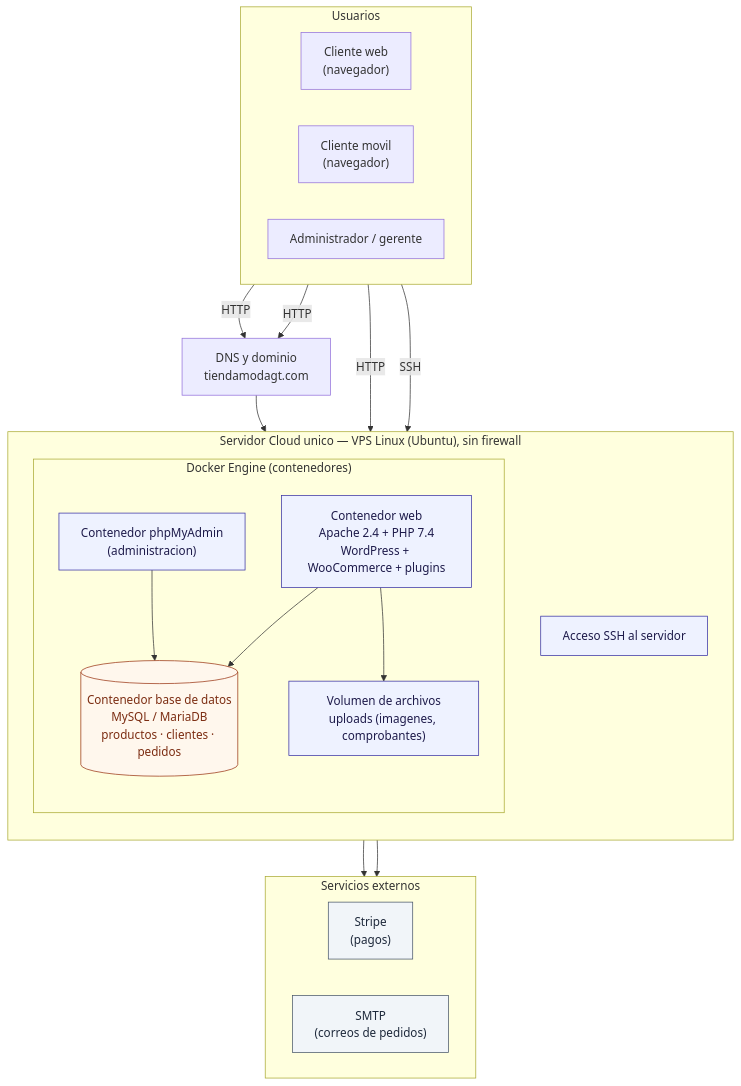
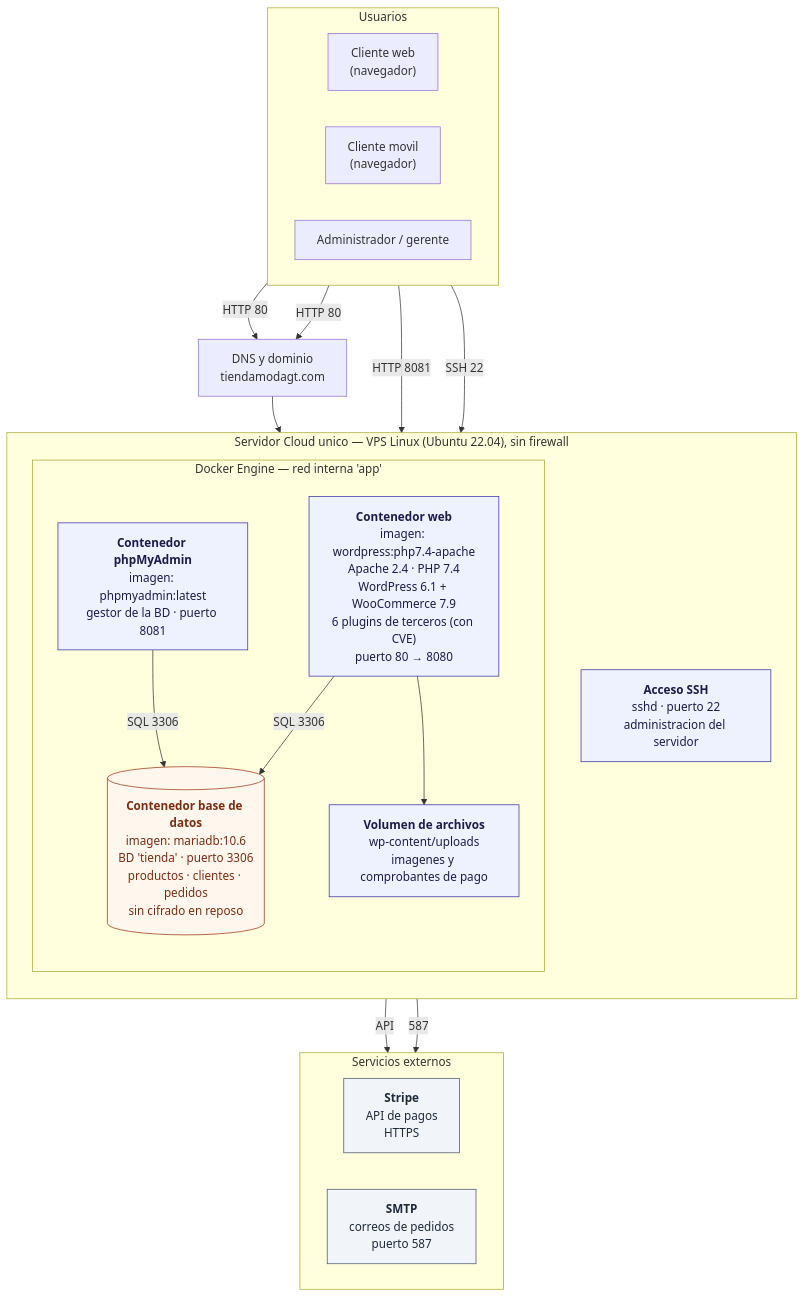
One commit to JavierNavas/tienda-moda-gt changed the first of 2 diagrams in ARQUITECTURA.md. Above: the diagram before and after it, drawn with Mermaid. The commit also changed other lines of this file, not shown here.

Commit message:
Agrega detalle de cada contenedor (imagen, puerto, funcion) y nota sobre base de datos dockerizada vs servicio administrado

````diff
--- a/ARQUITECTURA.md
+++ b/ARQUITECTURA.md
@@ -40,47 +40,47 @@
 ```mermaid
 flowchart TB
     subgraph USUARIOS["Usuarios"]
         direction LR
         WEB["Cliente web<br/>(navegador)"]
         MOV["Cliente movil<br/>(navegador)"]
         OPS["Administrador / gerente"]
     end
 
     DNS["DNS y dominio<br/>tiendamodagt.com"]
 
-    subgraph HOST["Servidor Cloud unico — VPS Linux (Ubuntu), sin firewall"]
+    subgraph HOST["Servidor Cloud unico — VPS Linux (Ubuntu 22.04), sin firewall"]
         direction TB
-        subgraph DOCKER["Docker Engine (contenedores)"]
+        subgraph DOCKER["Docker Engine — red interna 'app'"]
             direction TB
-            WPC["Contenedor web<br/>Apache 2.4 + PHP 7.4<br/>WordPress + WooCommerce + plugins"]
-            DB[("Contenedor base de datos<br/>MySQL / MariaDB<br/>productos · clientes · pedidos")]
-            PMA["Contenedor phpMyAdmin<br/>(administracion)"]
-            MEDIA["Volumen de archivos<br/>uploads (imagenes, comprobantes)"]
+            WPC["<b>Contenedor web</b><br/>imagen: wordpress:php7.4-apache<br/>Apache 2.4 · PHP 7.4<br/>WordPress 6.1 + WooCommerce 7.9<br/>6 plugins de terceros (con CVE)<br/>puerto 80 → 8080"]
+            DB[("<b>Contenedor base de datos</b><br/>imagen: mariadb:10.6<br/>BD 'tienda' · puerto 3306<br/>productos · clientes · pedidos<br/>sin cifrado en reposo")]
+            PMA["<b>Contenedor phpMyAdmin</b><br/>imagen: phpmyadmin:latest<br/>gestor de la BD · puerto 8081"]
+            MEDIA["<b>Volumen de archivos</b><br/>wp-content/uploads<br/>imagenes y comprobantes de pago"]
         end
-        SSH["Acceso SSH al servidor"]
+        SSH["<b>Acceso SSH</b><br/>sshd · puerto 22<br/>administracion del servidor"]
     end
 
     subgraph EXT["Servicios externos"]
         direction LR
-        PAY["Stripe<br/>(pagos)"]
-        MAIL["SMTP<br/>(correos de pedidos)"]
+        PAY["<b>Stripe</b><br/>API de pagos<br/>HTTPS"]
+        MAIL["<b>SMTP</b><br/>correos de pedidos<br/>puerto 587"]
     end
 
-    WEB -->|"HTTP"| DNS
-    MOV -->|"HTTP"| DNS
+    WEB -->|"HTTP 80"| DNS
+    MOV -->|"HTTP 80"| DNS
     DNS --> WPC
-    WPC --> DB
+    WPC -->|"SQL 3306"| DB
     WPC --> MEDIA
-    WPC --> PAY
-    WPC --> MAIL
-    OPS -->|"HTTP"| PMA
-    PMA --> DB
-    OPS -->|"SSH"| SSH
+    WPC -->|"API"| PAY
+    WPC -->|"587"| MAIL
+    OPS -->|"HTTP 8081"| PMA
+    PMA -->|"SQL 3306"| DB
+    OPS -->|"SSH 22"| SSH
 
     classDef app fill:#eef2ff,stroke:#3730a3,color:#1e1b4b;
     classDef db fill:#fff7ed,stroke:#9a3412,color:#7c2d12;
     classDef ext fill:#f1f5f9,stroke:#475569,color:#1e293b;
     class WPC,PMA,MEDIA,SSH app;
     class DB db;
     class PAY,MAIL ext;
 ```
````
